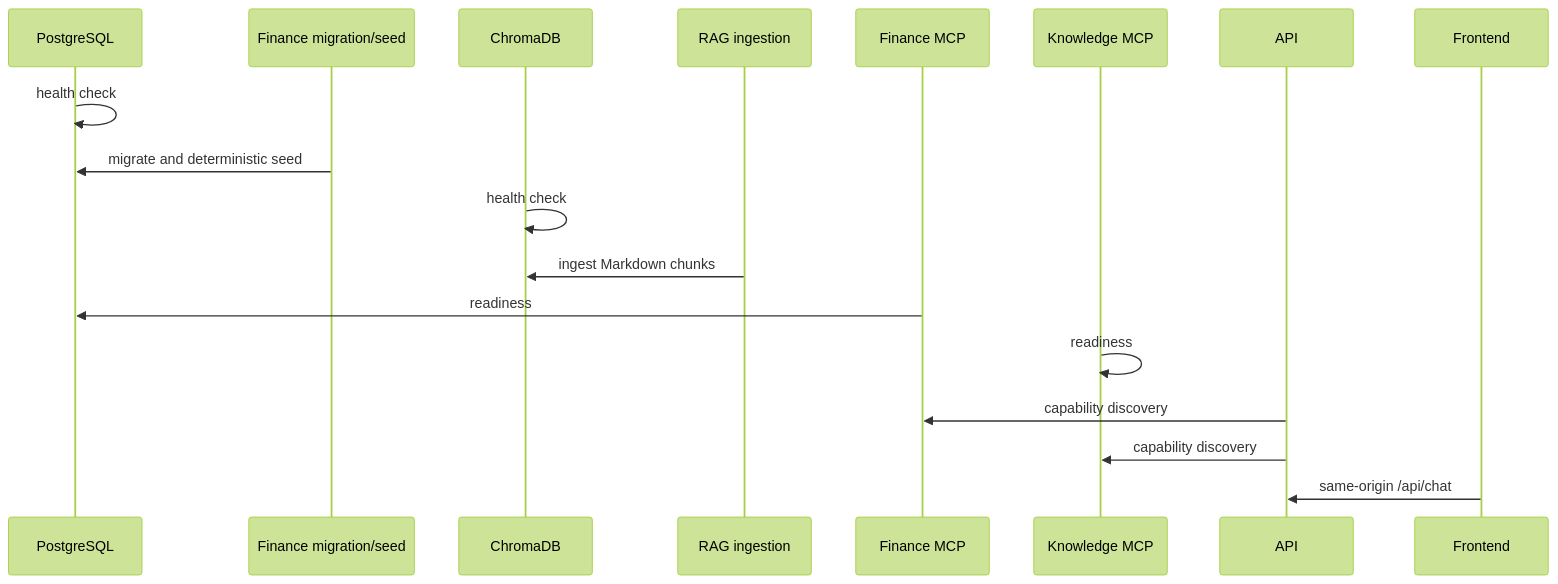
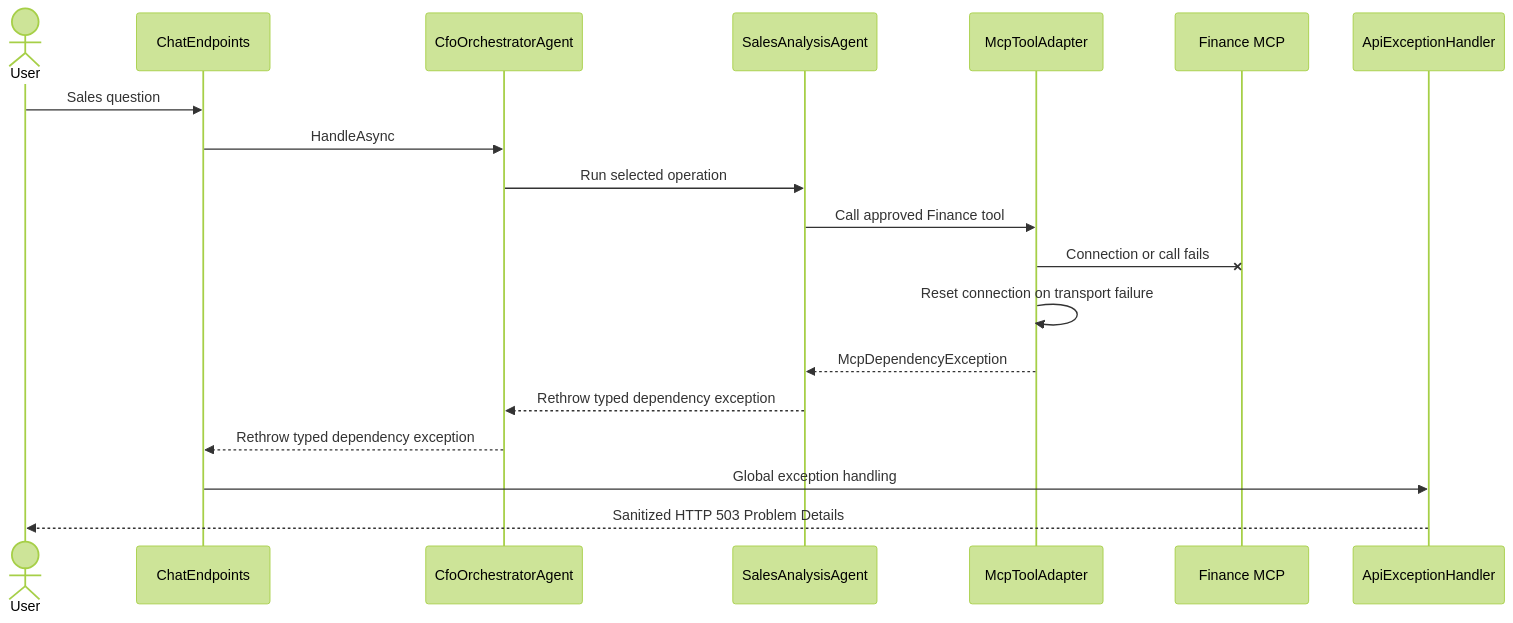
The seventh of 12 diagrams in APPLICATION_ARCHITECTURE.md (prabodharandima/ai_agent_cfo), drawn with Mermaid (forest theme) before and after one commit. The commit also changed other lines of this file and 55 other files, not shown here.

````diff
--- a/APPLICATION_ARCHITECTURE.md
+++ b/APPLICATION_ARCHITECTURE.md
@@ -48,21 +485,22 @@
 ```mermaid
 sequenceDiagram
-    participant PG as PostgreSQL
-    participant FM as Finance migration/seed
-    participant C as ChromaDB
-    participant RI as RAG ingestion
-    participant F as Finance MCP
-    participant K as Knowledge MCP
-    participant A as API
-    participant U as Frontend
+    actor User
+    participant API as ChatEndpoints
+    participant CFO as CfoOrchestratorAgent
+    participant Sales as SalesAnalysisAgent
+    participant Adapter as McpToolAdapter
+    participant Finance as Finance MCP
+    participant Errors as ApiExceptionHandler
 
-    PG->>PG: health check
-    FM->>PG: migrate and deterministic seed
-    C->>C: health check
-    RI->>C: ingest Markdown chunks
-    F->>PG: readiness
-    K->>K: readiness
-    A->>F: capability discovery
-    A->>K: capability discovery
-    U->>A: same-origin /api/chat
+    User->>API: Sales question
+    API->>CFO: HandleAsync
+    CFO->>Sales: Run selected operation
+    Sales->>Adapter: Call approved Finance tool
+    Adapter-xFinance: Connection or call fails
+    Adapter->>Adapter: Reset connection on transport failure
+    Adapter-->>Sales: McpDependencyException
+    Sales-->>CFO: Rethrow typed dependency exception
+    CFO-->>API: Rethrow typed dependency exception
+    API->>Errors: Global exception handling
+    Errors-->>User: Sanitized HTTP 503 Problem Details
 ```
````
